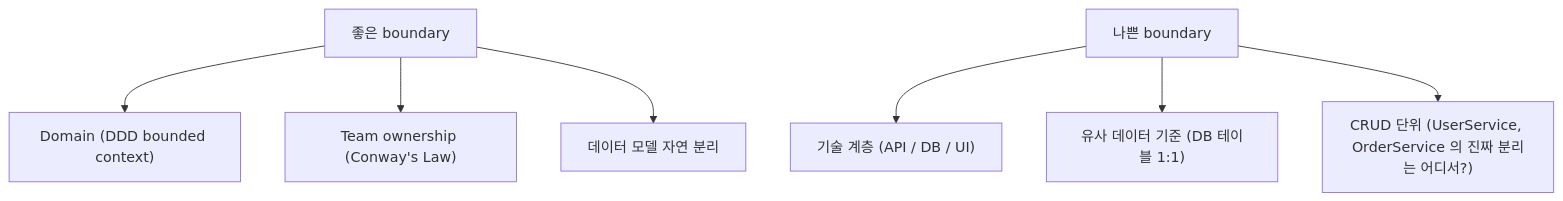
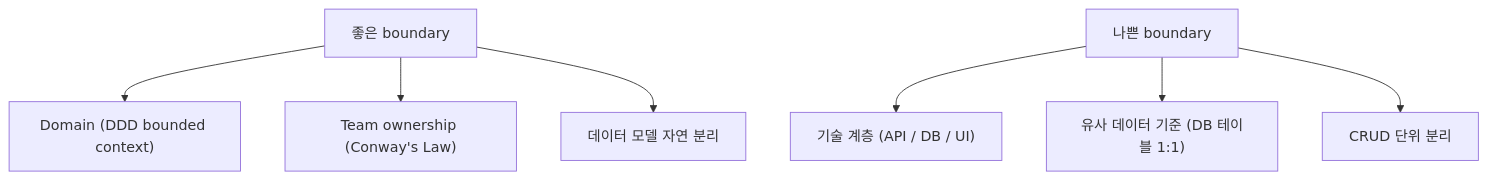
The fifth of 11 diagrams in src/content/wiki/distributed-systems/microservices-vs-monolith.mdx (shinkeonkim/shinkeonkim.github.io), drawn with Mermaid before and after one commit. The commit also changed other lines of this file and 526 other files, not shown here.

First line of the commit message:
content(wiki): 전수조사 및 대규모 보강 (짧은 파일 0, mermaid +645)

````diff
--- a/src/content/wiki/distributed-systems/microservices-vs-monolith.mdx
+++ b/src/content/wiki/distributed-systems/microservices-vs-monolith.mdx
@@ -88,11 +88,11 @@
 ```mermaid
 flowchart TD
     Best[좋은 boundary]
     Best --> B1["Domain (DDD bounded context)"]
     Best --> B2["Team ownership (Conway's Law)"]
     Best --> B3[데이터 모델 자연 분리]
     Bad[나쁜 boundary]
     Bad --> X1["기술 계층 (API / DB / UI)"]
     Bad --> X2["유사 데이터 기준 (DB 테이블 1:1)"]
-    Bad --> X3["CRUD 단위 (UserService, OrderService 의 진짜 분리는 어디서?)"]
+    Bad --> X3[CRUD 단위 분리]
 ```
````
